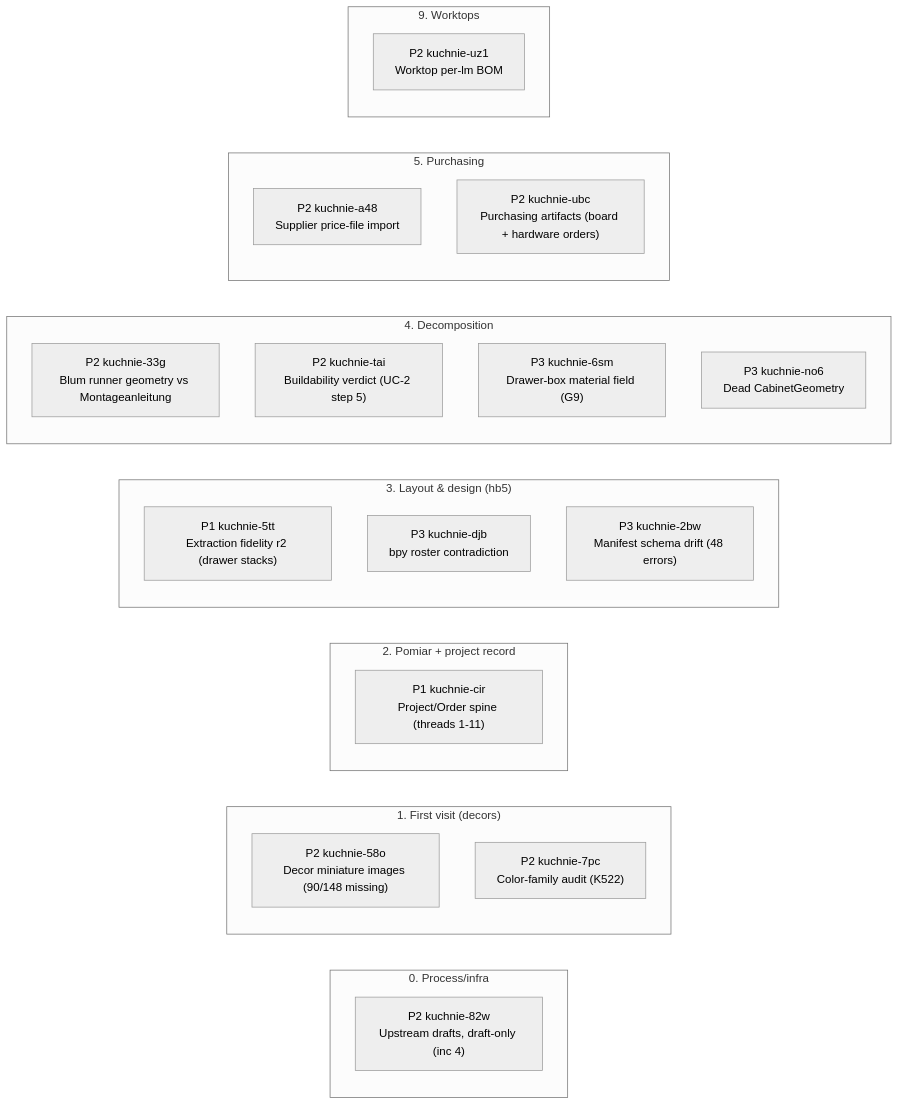
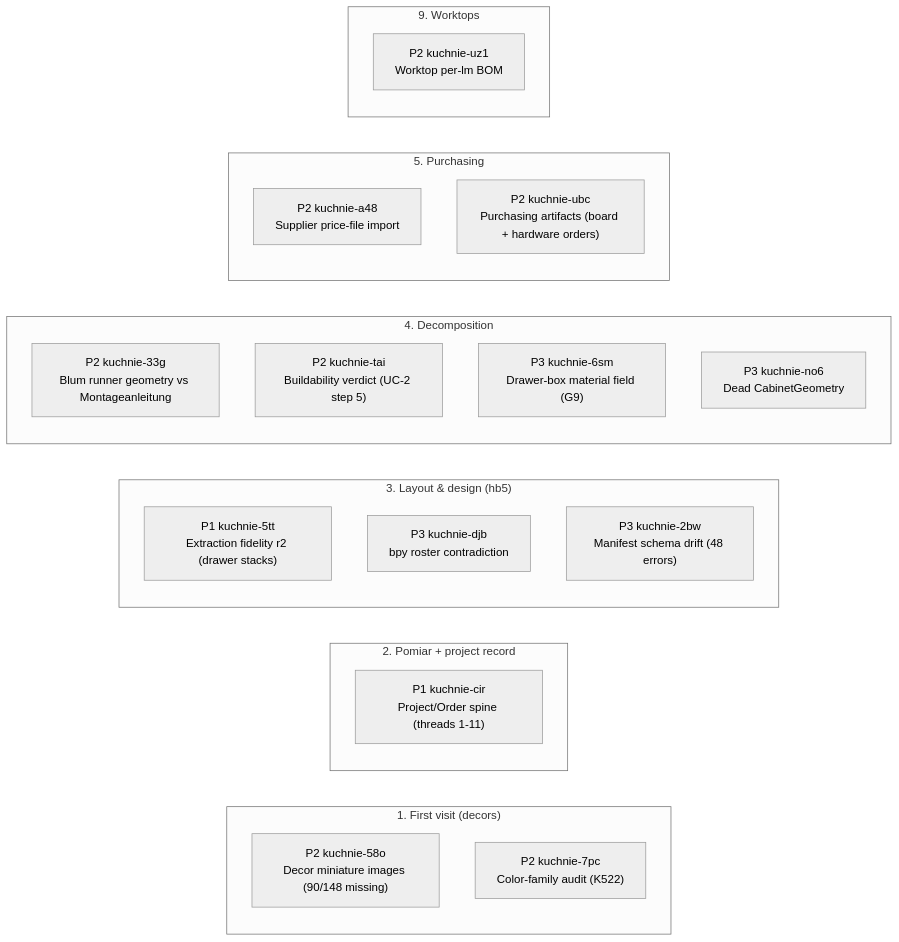
The first of 2 diagrams in STATUS.md (m1981/kuchnie), drawn with Mermaid (neutral theme) before and after one commit. The commit also changed other lines of this file and 2 other files, not shown here.

Commit message:
truth: inc 4 closed (wk-3894b44c -> tr-6fc8515b); Phase 1 complete; STATUS regenerated

````diff
--- a/STATUS.md
+++ b/STATUS.md
@@ -50,31 +49,28 @@
 ```mermaid
 flowchart LR
-    subgraph s0 ["0. Process/infra"]
-        kuchnie_82w["P2 kuchnie-82w<br/>Upstream drafts, draft-only (inc 4)"]
-    end
     subgraph s1 ["1. First visit (decors)"]
         kuchnie_58o["P2 kuchnie-58o<br/>Decor miniature images (90/148 missing)"]
         kuchnie_7pc["P2 kuchnie-7pc<br/>Color-family audit (K522)"]
     end
     subgraph s2 ["2. Pomiar + project record"]
         kuchnie_cir["P1 kuchnie-cir<br/>Project/Order spine (threads 1-11)"]
     end
     subgraph s3 ["3. Layout & design (hb5)"]
         kuchnie_5tt["P1 kuchnie-5tt<br/>Extraction fidelity r2 (drawer stacks)"]
         kuchnie_djb["P3 kuchnie-djb<br/>bpy roster contradiction"]
         kuchnie_2bw["P3 kuchnie-2bw<br/>Manifest schema drift (48 errors)"]
     end
     subgraph s4 ["4. Decomposition"]
         kuchnie_33g["P2 kuchnie-33g<br/>Blum runner geometry vs Montageanleitung"]
         kuchnie_tai["P2 kuchnie-tai<br/>Buildability verdict (UC-2 step 5)"]
         kuchnie_6sm["P3 kuchnie-6sm<br/>Drawer-box material field (G9)"]
         kuchnie_no6["P3 kuchnie-no6<br/>Dead CabinetGeometry"]
     end
     subgraph s5 ["5. Purchasing"]
         kuchnie_a48["P2 kuchnie-a48<br/>Supplier price-file import"]
         kuchnie_ubc["P2 kuchnie-ubc<br/>Purchasing artifacts (board + hardware orders)"]
     end
     subgraph s9 ["9. Worktops"]
         kuchnie_uz1["P2 kuchnie-uz1<br/>Worktop per-lm BOM"]
     end
 ```
````
